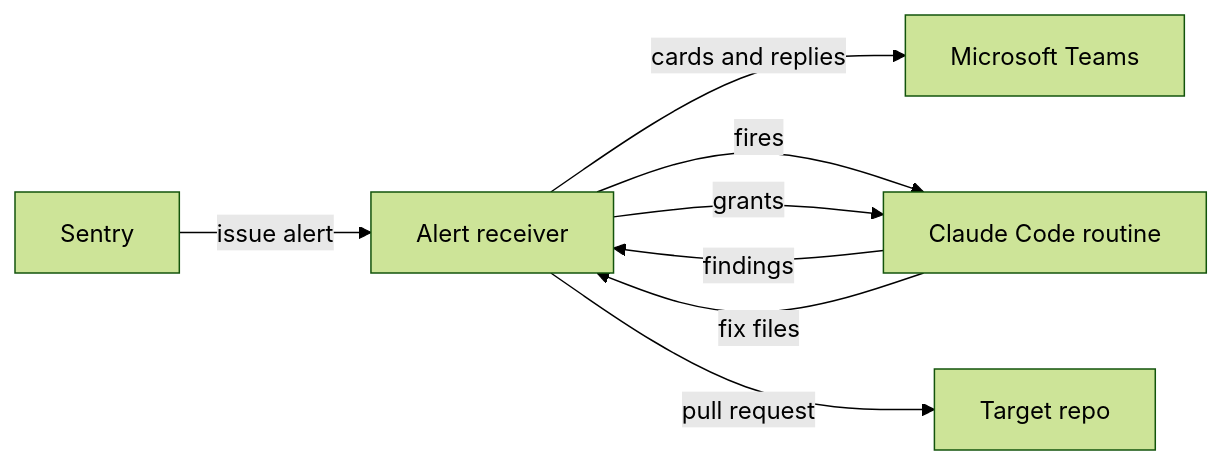
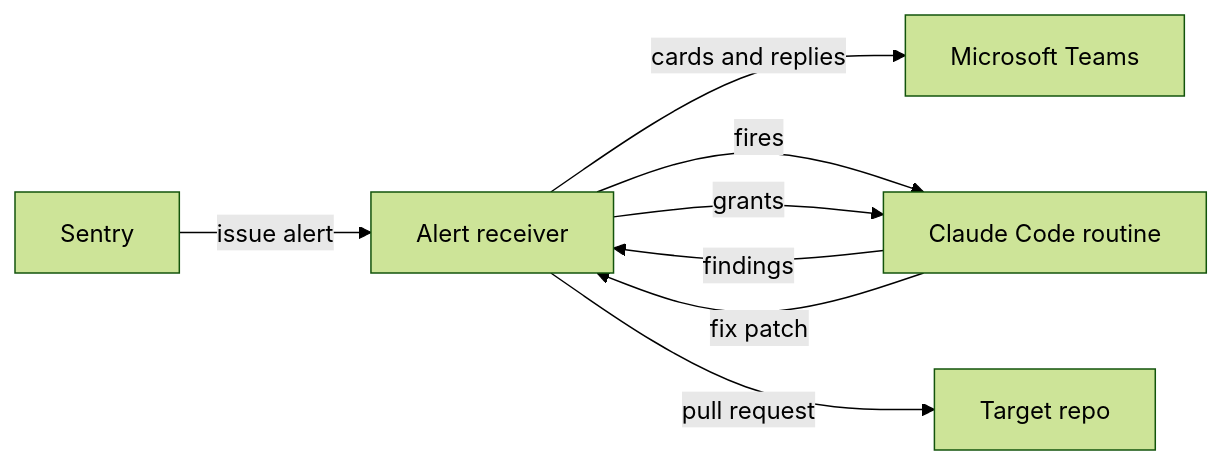
Before and after one commit to sentasity/sentinel: the diagram in README.md, drawn with Mermaid (forest theme). The commit also changed other lines of this file and 18 other files, not shown here.

````diff
--- a/README.md
+++ b/README.md
@@ -15,10 +15,10 @@
 ```mermaid
 flowchart LR
     Sentry -->|issue alert| Receiver[Alert receiver]
     Receiver -->|cards and replies| Teams[Microsoft Teams]
     Receiver -->|fires| Routine[Claude Code routine]
     Routine -->|findings| Receiver
     Receiver -->|grants| Routine
-    Routine -->|fix files| Receiver
+    Routine -->|fix patch| Receiver
     Receiver -->|pull request| Repo[Target repo]
 ```
````
